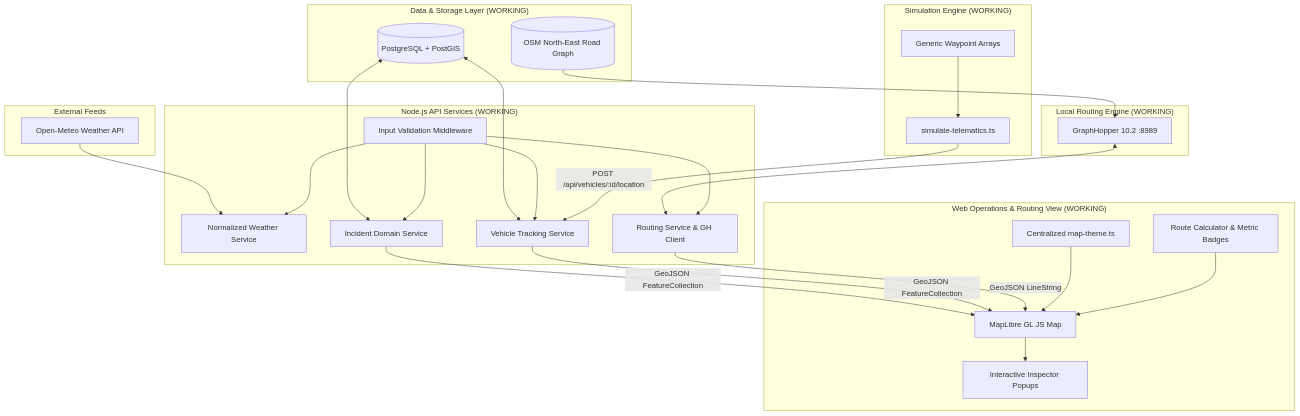
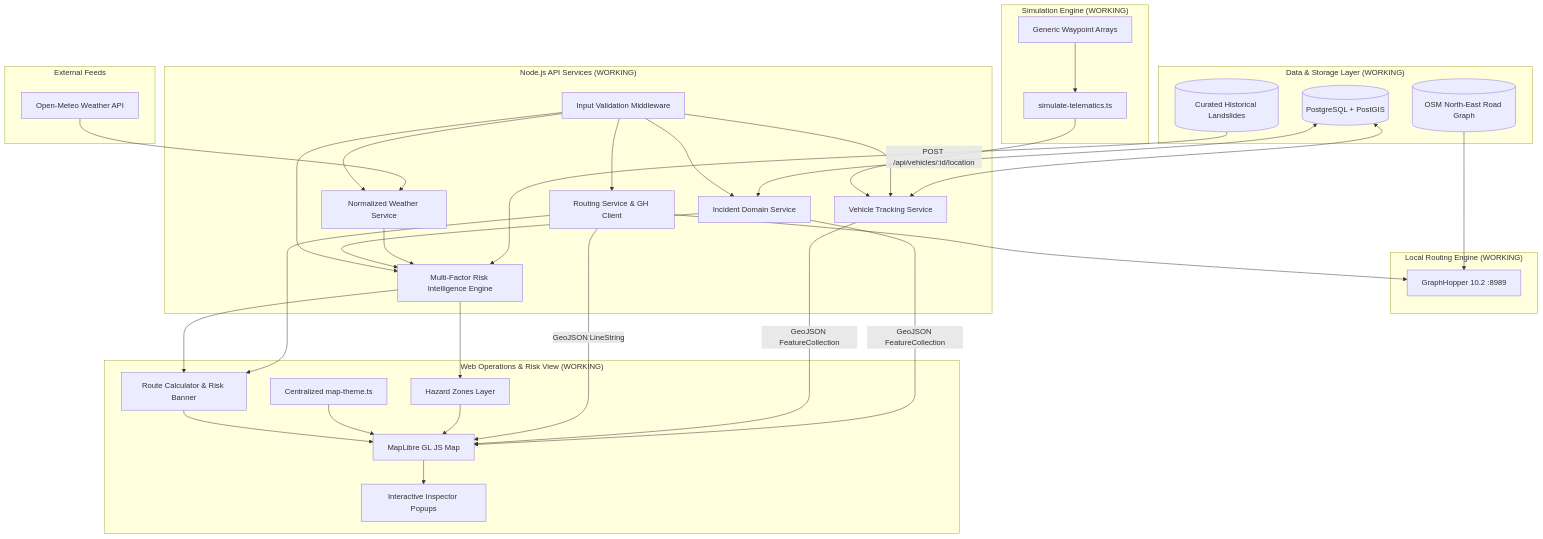
Before and after one commit to ParthKaretiya/team-saura-sih26002: the diagram in docs/architecture.md, drawn with Mermaid. The commit also changed other lines of this file and 2 other files, not shown here.

Commit message:
docs(risk): update architecture, API contract, and setup guide for Step 6

````diff
--- a/docs/architecture.md
+++ b/docs/architecture.md
@@ -30,54 +31,62 @@
 ```mermaid
 graph TD
     %% PostGIS & Data
     subgraph Data_Layer ["Data & Storage Layer (WORKING)"]
         PostGIS[(PostgreSQL + PostGIS)]
         OSMGraph[(OSM North-East Road Graph)]
+        HistCatalog[(Curated Historical Landslides)]
     end
 
-    %% External Services
+    %% External Feeds
     subgraph External_Feeds ["External Feeds"]
         OpenMeteo[Open-Meteo Weather API]
     end
 
     %% Routing Engine
     subgraph Routing_Engine ["Local Routing Engine (WORKING)"]
         GH[GraphHopper 10.2 :8989]
     end
 
     %% Backend Services
     subgraph API_Services ["Node.js API Services (WORKING)"]
         WeatherSvc[Normalized Weather Service]
         IncidentSvc[Incident Domain Service]
         VehicleSvc[Vehicle Tracking Service]
         RoutingSvc[Routing Service & GH Client]
+        RiskSvc[Multi-Factor Risk Intelligence Engine]
         Validator[Input Validation Middleware]
     end
 
     %% Telemetry Simulation
     subgraph Sim_Engine ["Simulation Engine (WORKING)"]
         Waypoints[Generic Waypoint Arrays] --> SimScript[simulate-telematics.ts]
     end
 
     %% Frontend Web
-    subgraph Web_Client ["Web Operations & Routing View (WORKING)"]
+    subgraph Web_Client ["Web Operations & Risk View (WORKING)"]
         MapLibre[MapLibre GL JS Map]
         ThemeCfg[Centralized map-theme.ts]
-        RouteUI[Route Calculator & Metric Badges]
+        RouteUI[Route Calculator & Risk Banner]
+        HazardOverlay[Hazard Zones Layer]
         Popup[Interactive Inspector Popups]
     end
 
     OpenMeteo --> WeatherSvc
     OSMGraph --> GH
-    GH <--> RoutingSvc
-    PostGIS <--> IncidentSvc
-    PostGIS <--> VehicleSvc
-    Validator --> IncidentSvc & VehicleSvc & WeatherSvc & RoutingSvc
+    HistCatalog --> RiskSvc
+    PostGIS <--> IncidentSvc & VehicleSvc
+    WeatherSvc --> RiskSvc
+    IncidentSvc --> RiskSvc
+    RoutingSvc --> GH
+    RoutingSvc --> RouteUI
+    RiskSvc --> RouteUI & HazardOverlay
+    Validator --> IncidentSvc & VehicleSvc & WeatherSvc & RoutingSvc & RiskSvc
     SimScript -->|POST /api/vehicles/:id/location| VehicleSvc
     IncidentSvc -->|GeoJSON FeatureCollection| MapLibre
     VehicleSvc -->|GeoJSON FeatureCollection| MapLibre
     RoutingSvc -->|GeoJSON LineString| MapLibre
+    HazardOverlay --> MapLibre
     ThemeCfg --> MapLibre
     RouteUI --> MapLibre
     MapLibre --> Popup
 ```
````
